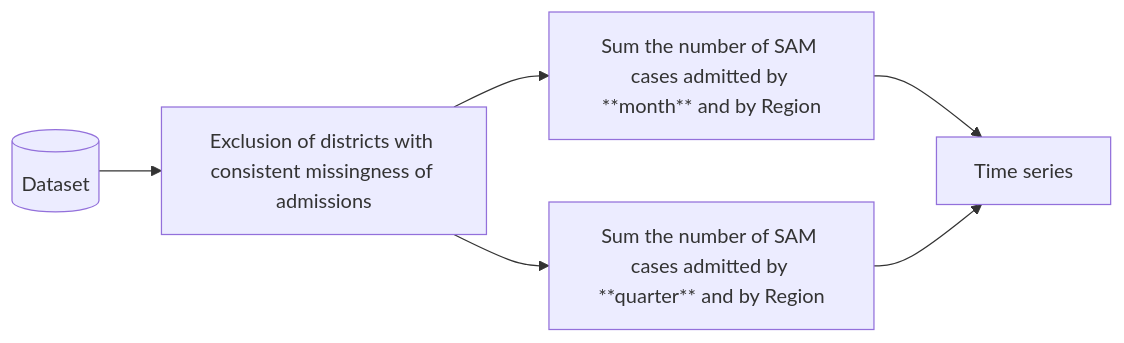
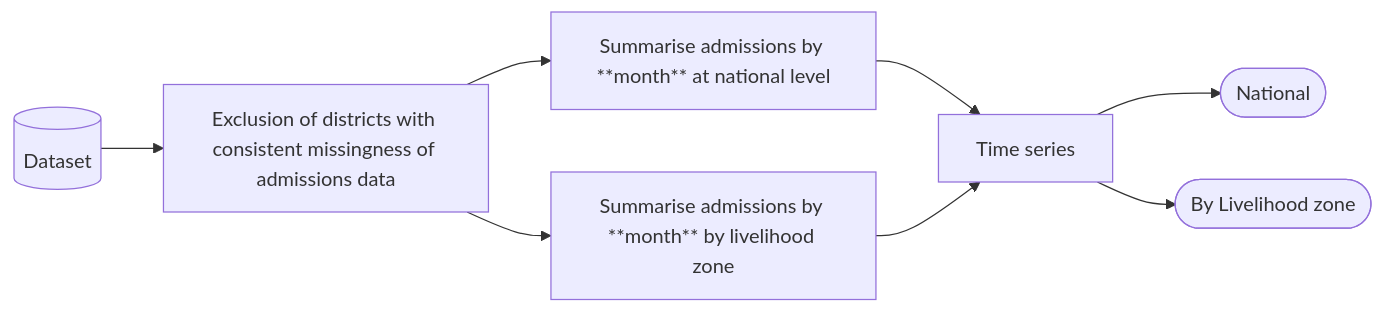
One commit to nutimes/som-sam-admit changed the second of 2 diagrams in outputs/report.qmd. Above: the diagram before and after it, drawn with Mermaid. The commit also changed other lines of this file and 1 other file, not shown here.

````diff
--- a/outputs/report.qmd
+++ b/outputs/report.qmd
@@ -81,11 +83,16 @@
 ```{mermaid}
+%%| fig-cap: Data wrangling workflow
 flowchart LR
     A[(Dataset)]
-    B[Exclusion of districts with consistent missingness of admissions]
-    C[Sum the number of SAM cases admitted by **month** and by Region]
-    D[Sum the number of SAM cases admitted by **quarter** and by Region]
+    B[Exclusion of districts with consistent missingness of admissions data]
+    C[Summarise admissions by **month** at national level]
+    D[Summarise admissions by **month** by livelihood zone]
     E[Time series]
+    F([National])
+    G([By Livelihood zone])
 
     A --> B --> C --> E
     B --> D --> E
+    E --> F
+    E --> G
 ```
````
